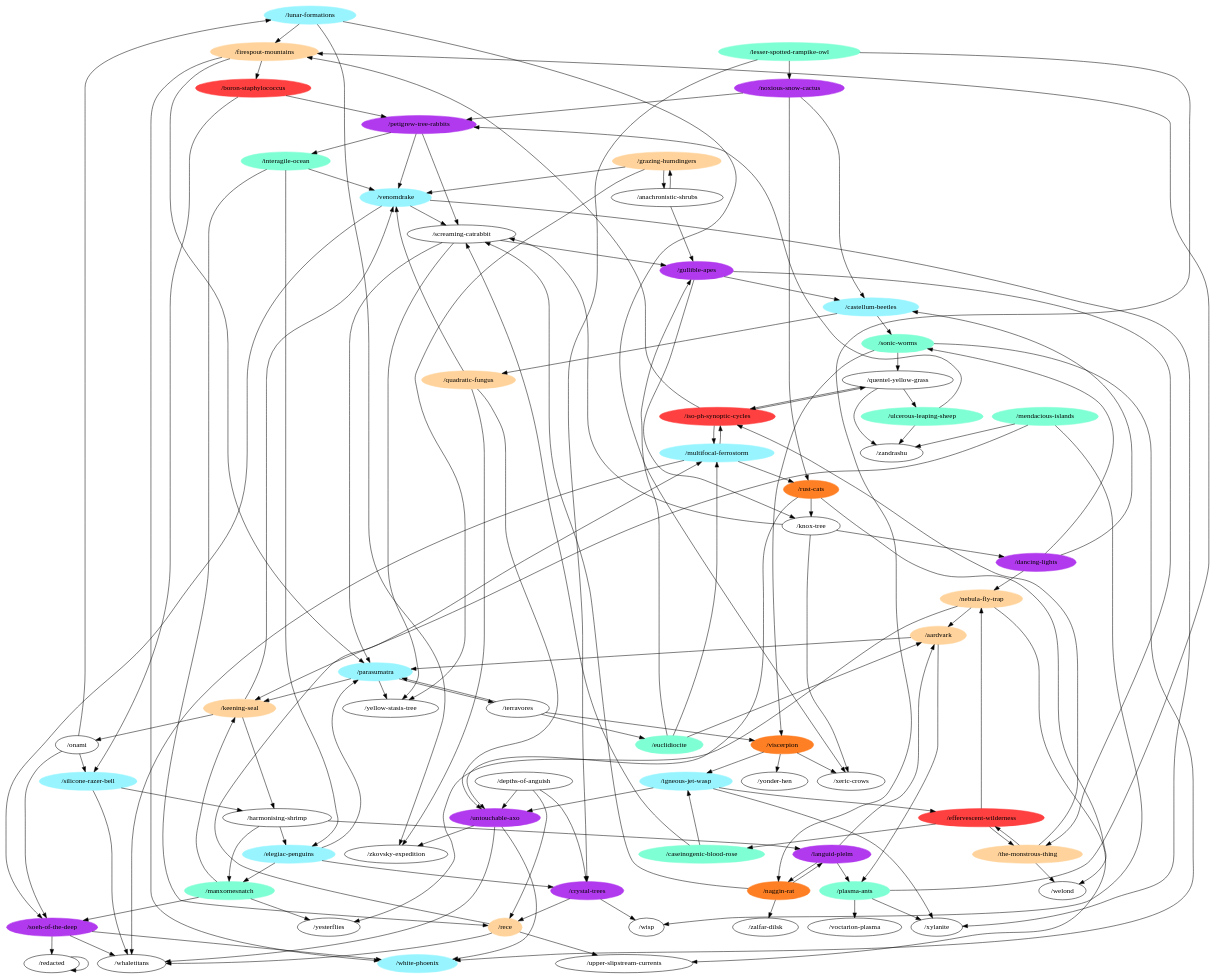
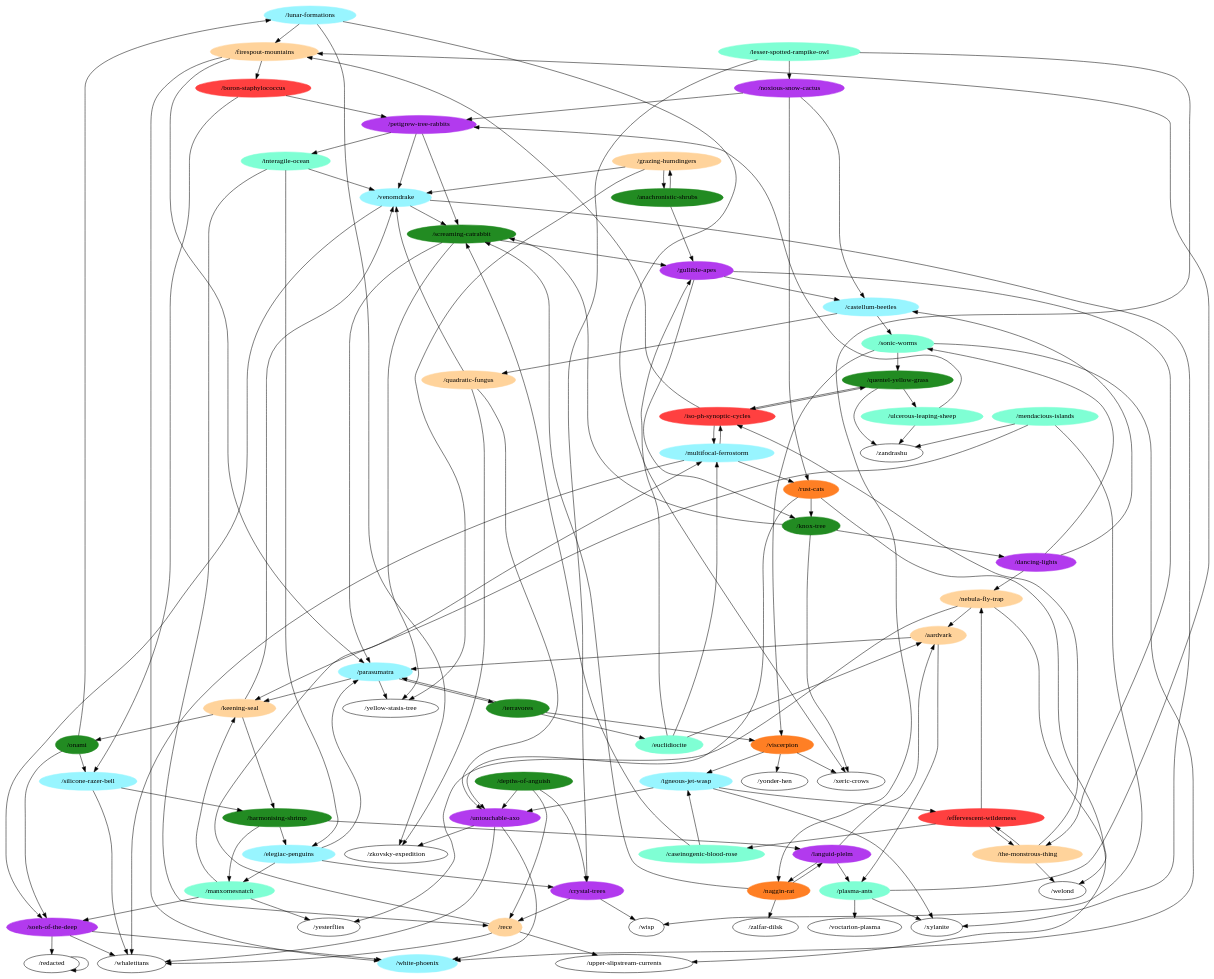
Before and after one commit to m-r-hunt/od117-walker: the diagram in general.dot, drawn with Graphviz. The commit also changed 3 other files, not shown here.

Commit message:
Update graph.

```diff
--- a/general.dot
+++ b/general.dot
@@ -1,198 +1,198 @@
 digraph G {
 "/lunar-formations" [color=cadetblue1,style=filled];
 "/naggin-rat" [color=chocolate1,style=filled];
 "/iso-ph-synoptic-cycles" [color=brown1,style=filled];
 "/multifocal-ferrostorm" [color=cadetblue1,style=filled];
 "/effervescent-wilderness" [color=brown1,style=filled];
-"/harmonising-shrimp";
+"/harmonising-shrimp" [color=forestgreen,style=filled];
 "/soeh-of-the-deep" [color=darkorchid2,style=filled];
 "/boron-staphylococcus" [color=brown1,style=filled];
 "/untouchable-axo" [color=darkorchid2,style=filled];
 "/castellum-beetles" [color=cadetblue1,style=filled];
 "/upper-slipstream-currents";
 "/firespout-mountains" [color=burlywood1,style=filled];
 "/xeric-crows";
 "/zalfar-dilsk";
 "/nebula-fly-trap" [color=burlywood1,style=filled];
 "/igneous-jet-wasp" [color=cadetblue1,style=filled];
 "/lesser-spotted-rampike-owl" [color=aquamarine,style=filled];
 "/wisp";
 "/yonder-hen";
 "/venomdrake" [color=cadetblue1,style=filled];
 "/petigrew-tree-rabbits" [color=darkorchid2,style=filled];
 "/welond";
-"/quentel-yellow-grass";
+"/quentel-yellow-grass" [color=forestgreen,style=filled];
 "/noxious-snow-cactus" [color=darkorchid2,style=filled];
 "/grazing-humdingers" [color=burlywood1,style=filled];
 "/viscerpion" [color=chocolate1,style=filled];
 "/mendacious-islands" [color=aquamarine,style=filled];
 "/zandrashu";
 "/dancing-lights" [color=darkorchid2,style=filled];
 "/yesterflies";
 "/rece" [color=burlywood1,style=filled];
 "/languid-plelm" [color=darkorchid2,style=filled];
 "/interagile-ocean" [color=aquamarine,style=filled];
 "/ulcerous-leaping-sheep" [color=aquamarine,style=filled];
 "/quadratic-fungus" [color=burlywood1,style=filled];
 "/rust-cats" [color=chocolate1,style=filled];
 "/euclidiocite" [color=aquamarine,style=filled];
 "/sonic-worms" [color=aquamarine,style=filled];
 "/crystal-trees" [color=darkorchid2,style=filled];
 "/yellow-stasis-tree";
 "/silicone-razer-bell" [color=cadetblue1,style=filled];
-"/depths-of-anguish";
+"/depths-of-anguish" [color=forestgreen,style=filled];
 "/whaletitans";
 "/elegiac-penguins" [color=cadetblue1,style=filled];
 "/the-monstrous-thing" [color=burlywood1,style=filled];
-"/onami";
+"/onami" [color=forestgreen,style=filled];
 "/gullible-apes" [color=darkorchid2,style=filled];
-"/knox-tree";
+"/knox-tree" [color=forestgreen,style=filled];
 "/parasumatra" [color=cadetblue1,style=filled];
 "/white-phoenix" [color=cadetblue1,style=filled];
 "/manxomesnatch" [color=aquamarine,style=filled];
 "/redacted";
 "/plasma-ants" [color=aquamarine,style=filled];
-"/anachronistic-shrubs";
+"/anachronistic-shrubs" [color=forestgreen,style=filled];
 "/keening-seal" [color=burlywood1,style=filled];
 "/caseinogenic-blood-rose" [color=aquamarine,style=filled];
 "/xylanite";
 "/voctarion-plasma";
-"/terravores";
+"/terravores" [color=forestgreen,style=filled];
 "/zkovsky-expedition";
-"/screaming-catrabbit";
+"/screaming-catrabbit" [color=forestgreen,style=filled];
 "/aardvark" [color=burlywood1,style=filled];
 "/lunar-formations" -> "/firespout-mountains";
 "/lunar-formations" -> "/xeric-crows";
 "/lunar-formations" -> "/zkovsky-expedition";
 "/naggin-rat" -> "/zalfar-dilsk";
 "/naggin-rat" -> "/languid-plelm";
 "/naggin-rat" -> "/screaming-catrabbit";
 "/iso-ph-synoptic-cycles" -> "/multifocal-ferrostorm";
 "/iso-ph-synoptic-cycles" -> "/firespout-mountains";
 "/iso-ph-synoptic-cycles" -> "/quentel-yellow-grass";
 "/multifocal-ferrostorm" -> "/iso-ph-synoptic-cycles";
 "/multifocal-ferrostorm" -> "/rust-cats";
 "/multifocal-ferrostorm" -> "/whaletitans";
 "/effervescent-wilderness" -> "/nebula-fly-trap";
 "/effervescent-wilderness" -> "/the-monstrous-thing";
 "/effervescent-wilderness" -> "/caseinogenic-blood-rose";
 "/harmonising-shrimp" -> "/languid-plelm";
 "/harmonising-shrimp" -> "/elegiac-penguins";
 "/harmonising-shrimp" -> "/manxomesnatch";
 "/soeh-of-the-deep" -> "/whaletitans";
 "/soeh-of-the-deep" -> "/white-phoenix";
 "/soeh-of-the-deep" -> "/redacted";
 "/boron-staphylococcus" -> "/petigrew-tree-rabbits";
 "/boron-staphylococcus" -> "/silicone-razer-bell";
 "/untouchable-axo" -> "/whaletitans";
 "/untouchable-axo" -> "/white-phoenix";
 "/untouchable-axo" -> "/zkovsky-expedition";
 "/castellum-beetles" -> "/quadratic-fungus";
 "/castellum-beetles" -> "/sonic-worms";
 "/firespout-mountains" -> "/boron-staphylococcus";
 "/firespout-mountains" -> "/parasumatra";
 "/firespout-mountains" -> "/white-phoenix";
 "/nebula-fly-trap" -> "/upper-slipstream-currents";
 "/nebula-fly-trap" -> "/yesterflies";
 "/nebula-fly-trap" -> "/aardvark";
 "/igneous-jet-wasp" -> "/effervescent-wilderness";
 "/igneous-jet-wasp" -> "/untouchable-axo";
 "/igneous-jet-wasp" -> "/xylanite";
 "/lesser-spotted-rampike-owl" -> "/naggin-rat";
 "/lesser-spotted-rampike-owl" -> "/noxious-snow-cactus";
 "/lesser-spotted-rampike-owl" -> "/crystal-trees";
 "/venomdrake" -> "/soeh-of-the-deep";
 "/venomdrake" -> "/xylanite";
 "/venomdrake" -> "/screaming-catrabbit";
 "/petigrew-tree-rabbits" -> "/venomdrake";
 "/petigrew-tree-rabbits" -> "/interagile-ocean";
 "/petigrew-tree-rabbits" -> "/screaming-catrabbit";
 "/quentel-yellow-grass" -> "/iso-ph-synoptic-cycles";
 "/quentel-yellow-grass" -> "/zandrashu";
 "/quentel-yellow-grass" -> "/ulcerous-leaping-sheep";
 "/noxious-snow-cactus" -> "/castellum-beetles";
 "/noxious-snow-cactus" -> "/petigrew-tree-rabbits";
 "/noxious-snow-cactus" -> "/rust-cats";
 "/grazing-humdingers" -> "/venomdrake";
 "/grazing-humdingers" -> "/yellow-stasis-tree";
 "/grazing-humdingers" -> "/anachronistic-shrubs";
 "/viscerpion" -> "/xeric-crows";
 "/viscerpion" -> "/igneous-jet-wasp";
 "/viscerpion" -> "/yonder-hen";
 "/mendacious-islands" -> "/wisp";
 "/mendacious-islands" -> "/zandrashu";
 "/mendacious-islands" -> "/keening-seal";
 "/dancing-lights" -> "/castellum-beetles";
 "/dancing-lights" -> "/nebula-fly-trap";
 "/dancing-lights" -> "/sonic-worms";
 "/rece" -> "/multifocal-ferrostorm";
 "/rece" -> "/upper-slipstream-currents";
 "/rece" -> "/whaletitans";
 "/languid-plelm" -> "/naggin-rat";
 "/languid-plelm" -> "/plasma-ants";
 "/languid-plelm" -> "/aardvark";
 "/interagile-ocean" -> "/venomdrake";
 "/interagile-ocean" -> "/rece";
 "/interagile-ocean" -> "/elegiac-penguins";
 "/ulcerous-leaping-sheep" -> "/petigrew-tree-rabbits";
 "/ulcerous-leaping-sheep" -> "/zandrashu";
 "/quadratic-fungus" -> "/untouchable-axo";
 "/quadratic-fungus" -> "/venomdrake";
 "/quadratic-fungus" -> "/zkovsky-expedition";
 "/rust-cats" -> "/untouchable-axo";
 "/rust-cats" -> "/welond";
 "/rust-cats" -> "/knox-tree";
 "/euclidiocite" -> "/multifocal-ferrostorm";
 "/euclidiocite" -> "/gullible-apes";
 "/euclidiocite" -> "/aardvark";
 "/sonic-worms" -> "/quentel-yellow-grass";
 "/sonic-worms" -> "/viscerpion";
 "/sonic-worms" -> "/white-phoenix";
 "/crystal-trees" -> "/wisp";
 "/crystal-trees" -> "/rece";
 "/silicone-razer-bell" -> "/harmonising-shrimp";
 "/silicone-razer-bell" -> "/whaletitans";
 "/depths-of-anguish" -> "/untouchable-axo";
 "/depths-of-anguish" -> "/rece";
 "/depths-of-anguish" -> "/crystal-trees";
 "/elegiac-penguins" -> "/crystal-trees";
 "/elegiac-penguins" -> "/parasumatra";
 "/elegiac-penguins" -> "/manxomesnatch";
 "/the-monstrous-thing" -> "/iso-ph-synoptic-cycles";
 "/the-monstrous-thing" -> "/effervescent-wilderness";
 "/the-monstrous-thing" -> "/welond";
 "/onami" -> "/lunar-formations";
 "/onami" -> "/soeh-of-the-deep";
 "/onami" -> "/silicone-razer-bell";
 "/gullible-apes" -> "/castellum-beetles";
 "/gullible-apes" -> "/the-monstrous-thing";
 "/gullible-apes" -> "/knox-tree";
 "/knox-tree" -> "/xeric-crows";
 "/knox-tree" -> "/dancing-lights";
 "/knox-tree" -> "/screaming-catrabbit";
 "/parasumatra" -> "/yellow-stasis-tree";
 "/parasumatra" -> "/keening-seal";
 "/parasumatra" -> "/terravores";
 "/manxomesnatch" -> "/soeh-of-the-deep";
 "/manxomesnatch" -> "/yesterflies";
 "/manxomesnatch" -> "/keening-seal";
 "/redacted" -> "/redacted";
 "/plasma-ants" -> "/firespout-mountains";
 "/plasma-ants" -> "/xylanite";
 "/plasma-ants" -> "/voctarion-plasma";
 "/anachronistic-shrubs" -> "/grazing-humdingers";
 "/anachronistic-shrubs" -> "/gullible-apes";
 "/keening-seal" -> "/harmonising-shrimp";
 "/keening-seal" -> "/venomdrake";
 "/keening-seal" -> "/onami";
 "/caseinogenic-blood-rose" -> "/igneous-jet-wasp";
 "/caseinogenic-blood-rose" -> "/screaming-catrabbit";
 "/terravores" -> "/viscerpion";
 "/terravores" -> "/euclidiocite";
 "/terravores" -> "/parasumatra";
 "/screaming-catrabbit" -> "/yellow-stasis-tree";
 "/screaming-catrabbit" -> "/gullible-apes";
 "/screaming-catrabbit" -> "/parasumatra";
 "/aardvark" -> "/parasumatra";
 "/aardvark" -> "/plasma-ants";
 }
```
